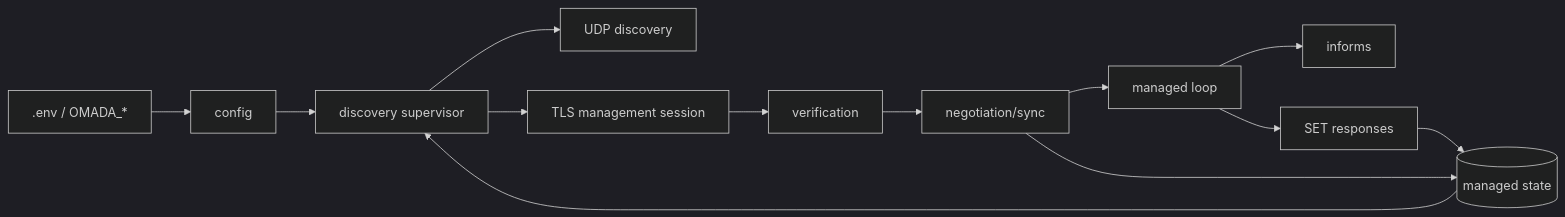
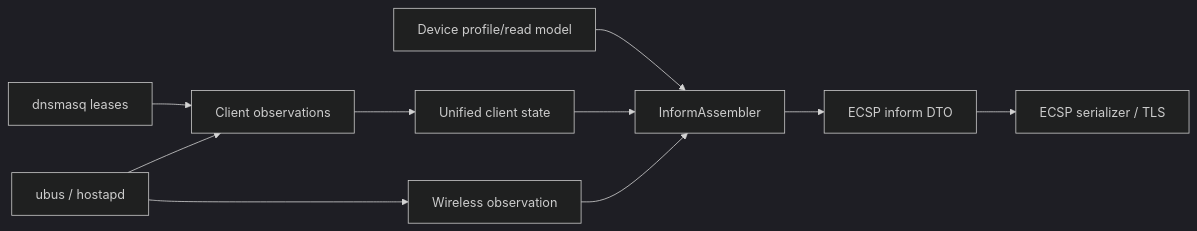
The fifth of 5 diagrams in docs/architecture.md (adryanalencar/open-omada-device-agent), drawn with Mermaid (dark theme) before and after one commit. The commit also changed other lines of this file and 50 other files, not shown here.

Commit message:
docs(architecture): document bounded context design

````diff
--- a/docs/architecture.md
+++ b/docs/architecture.md
@@ -113,15 +102,12 @@
 ```mermaid
 flowchart LR
-    ENV[.env / OMADA_*] --> CFG[config]
-    CFG --> SUP[discovery supervisor]
-    SUP --> UDP[UDP discovery]
-    SUP --> TLS[TLS management session]
-    TLS --> AUTH[verification]
-    AUTH --> NEG[negotiation/sync]
-    NEG --> LOOP[managed loop]
-    LOOP --> INF[informs]
-    LOOP --> RESP[SET responses]
-    NEG --> STATE[(managed state)]
-    RESP --> STATE
-    STATE --> SUP
+  DNS[dnsmasq leases] --> Obs[Client observations]
+  UBUS[ubus / hostapd] --> Obs
+  Obs --> Merge[Unified client state]
+  UBUS --> Wireless[Wireless observation]
+  Profile[Device profile/read model] --> Assemble[InformAssembler]
+  Merge --> Assemble
+  Wireless --> Assemble
+  Assemble --> DTO[ECSP inform DTO]
+  DTO --> Wire[ECSP serializer / TLS]
 ```
````
